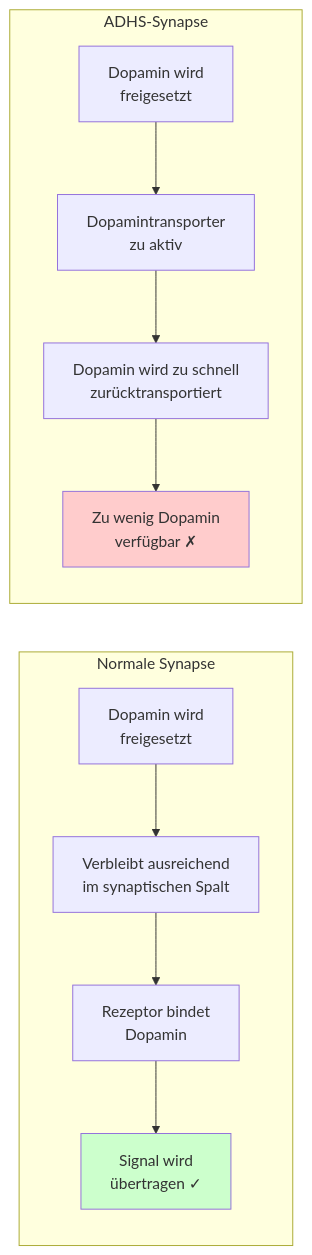
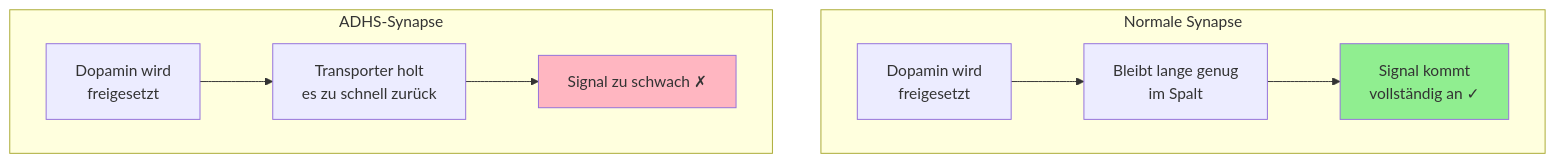
One commit to silas-hartmann/silas-hartmann.github.io changed the third of 8 diagrams in Aufmerksamkeit_ADHS/01_ADHS-Definition_und_Diagnose.md. Above: the diagram before and after it, drawn with Mermaid. The commit also changed other lines of this file and 19 other files, not shown here.

````diff
--- a/Aufmerksamkeit_ADHS/01_ADHS-Definition_und_Diagnose.md
+++ b/Aufmerksamkeit_ADHS/01_ADHS-Definition_und_Diagnose.md
@@ -217,23 +197,15 @@
 ```mermaid
-flowchart LR
+flowchart TB
     subgraph Normal["Normale Synapse"]
-        direction TB
-        N1["Dopamin wird<br>freigesetzt"]
-        N2["Verbleibt ausreichend<br>im synaptischen Spalt"]
-        N3["Rezeptor bindet<br>Dopamin"]
-        N4["Signal wird<br>übertragen ✓"]
-        N1 --> N2 --> N3 --> N4
+        direction LR
+        N1["Dopamin wird<br>freigesetzt"] --> N2["Bleibt lange genug<br>im Spalt"] --> N3["Signal kommt<br>vollständig an ✓"]
     end
     
     subgraph ADHS["ADHS-Synapse"]
-        direction TB
-        A1["Dopamin wird<br>freigesetzt"]
-        A2["Dopamintransporter<br>zu aktiv"]
-        A3["Dopamin wird zu schnell<br>zurücktransportiert"]
-        A4["Zu wenig Dopamin<br>verfügbar ✗"]
-        A1 --> A2 --> A3 --> A4
+        direction LR
+        A1["Dopamin wird<br>freigesetzt"] --> A2["Transporter holt<br>es zu schnell zurück"] --> A3["Signal zu schwach ✗"]
     end
     
-    style N4 fill:#ccffcc
-    style A4 fill:#ffcccc
+    style N3 fill:#90EE90
+    style A3 fill:#FFB6C1
 ```
````
